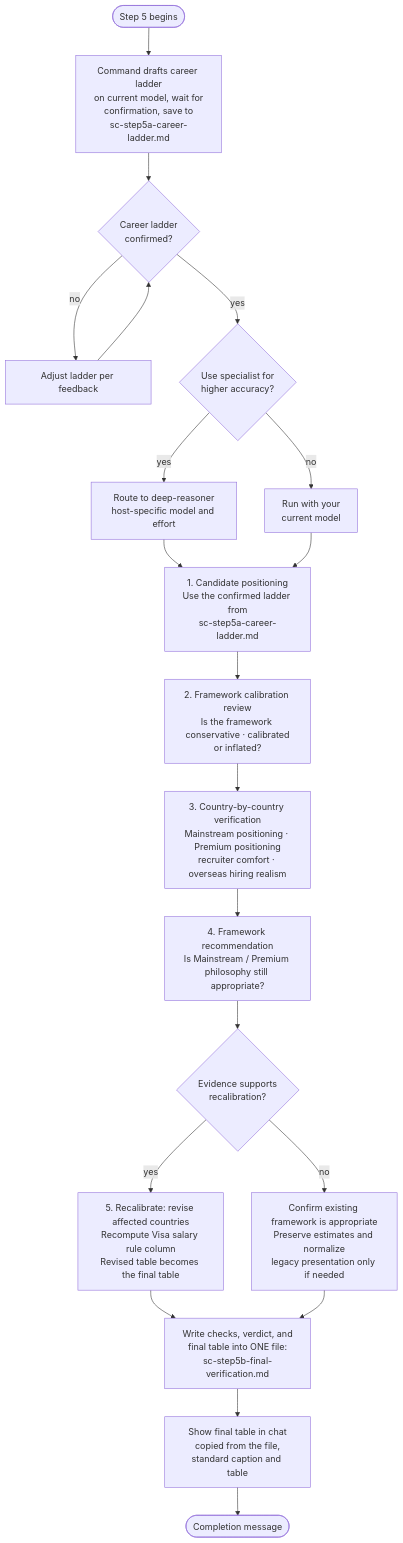
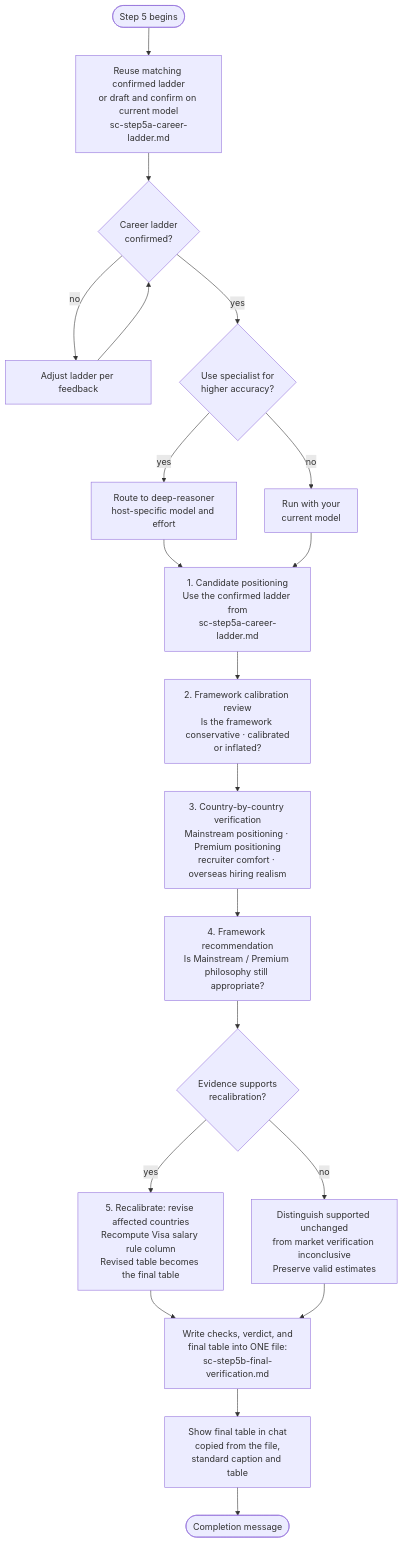
Before and after one commit to myowinthein/agent-compass: the diagram in docs/commands/salary-calculator/step5b-final-verification.md, drawn with Mermaid. The commit also changed other lines of this file and 17 other files, not shown here.

````diff
--- a/docs/commands/salary-calculator/step5b-final-verification.md
+++ b/docs/commands/salary-calculator/step5b-final-verification.md
@@ -20,22 +20,22 @@
 ```mermaid
 flowchart TD
-  Start([Step 5 begins]) --> Ladder[Command drafts career ladder\non current model, wait for\nconfirmation, save to\nsc-step5a-career-ladder.md]
+  Start([Step 5 begins]) --> Ladder[Reuse matching confirmed ladder\nor draft and confirm on current model\nsc-step5a-career-ladder.md]
   Ladder --> Confirm{Career ladder\nconfirmed?}
   Confirm -->|no| EditLadder[Adjust ladder per feedback]
   EditLadder --> Confirm
   Confirm -->|yes| SpecialistQ{Use specialist for\nhigher accuracy?}
   SpecialistQ -->|yes| DeepReasoner[Route to deep-reasoner\nhost-specific model and effort]
   SpecialistQ -->|no| CurrentModel[Run with your\ncurrent model]
   DeepReasoner --> C1
   CurrentModel --> C1[1. Candidate positioning\nUse the confirmed ladder from\nsc-step5a-career-ladder.md]
   C1 --> C2[2. Framework calibration review\nIs the framework conservative · calibrated\nor inflated?]
   C2 --> C3[3. Country-by-country verification\nMainstream positioning · Premium positioning\nrecruiter comfort · overseas hiring realism]
   C3 --> C4[4. Framework recommendation\nIs Mainstream / Premium philosophy still appropriate?]
   C4 --> Recal{Evidence supports\nrecalibration?}
   Recal -->|yes| Revise[5. Recalibrate: revise affected countries\nRecompute Visa salary rule column\nRevised table becomes the final table]
-  Recal -->|no| Confirm2[Confirm existing framework is appropriate\nPreserve estimates and normalize\nlegacy presentation only if needed]
+  Recal -->|no| Confirm2[Distinguish supported unchanged\nfrom market verification inconclusive\nPreserve valid estimates]
   Revise --> SaveAll[Write checks, verdict, and\nfinal table into ONE file:\nsc-step5b-final-verification.md]
   Confirm2 --> SaveAll
   SaveAll --> ShowTable[Show final table in chat\ncopied from the file,\nstandard caption and table]
   ShowTable --> Done([Completion message])
 ```
````
